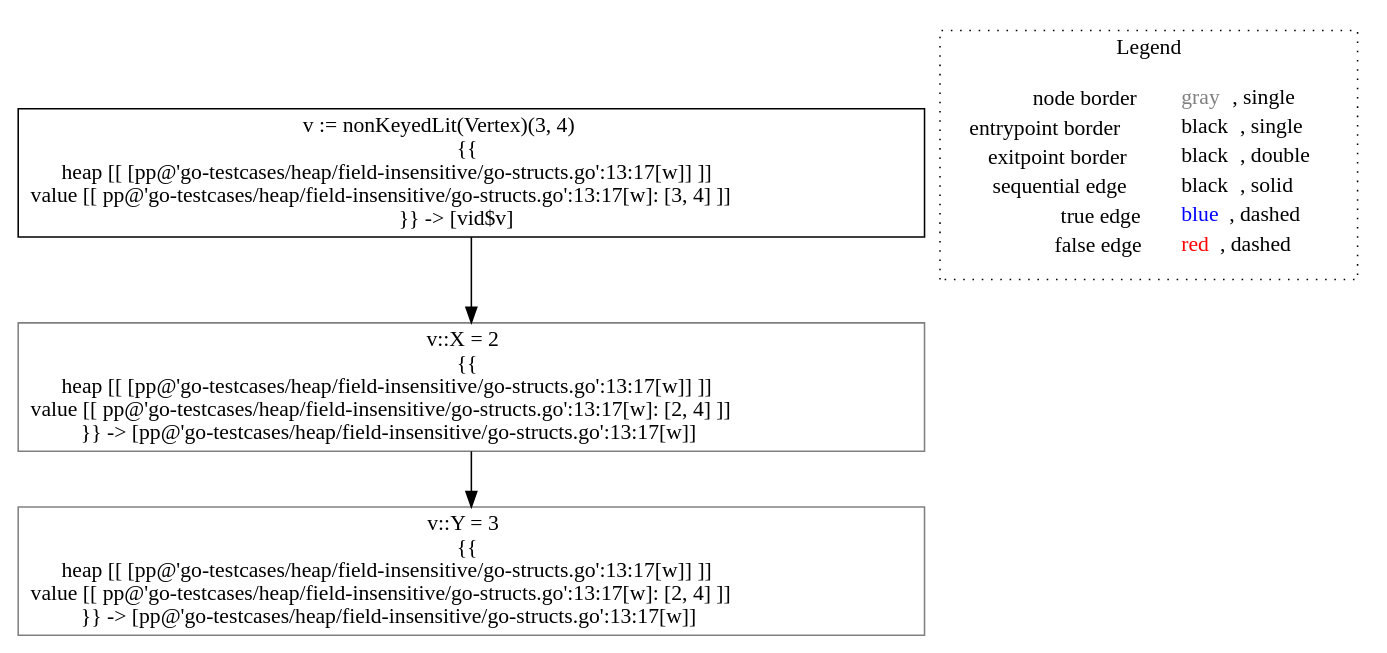
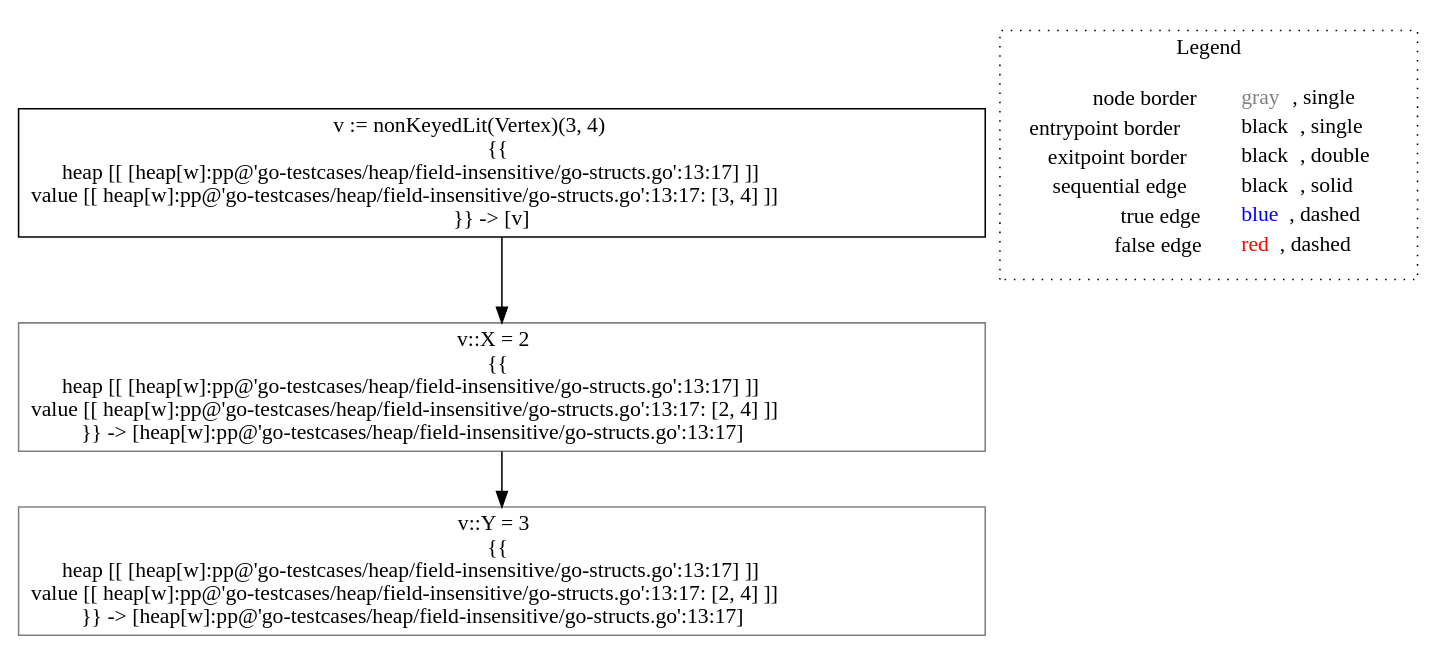
The diagram in go-lisa/go-testcases/heap/field-insensitive/analysis___untyped_~LiSAProgram.main().dot (lisa-analyzer/go-lisa), drawn with Graphviz before and after one commit. The commit also changed 11 other files, not shown here.

```diff
--- a/go-lisa/go-testcases/heap/field-insensitive/analysis___untyped_~LiSAProgram.main().dot
+++ b/go-lisa/go-testcases/heap/field-insensitive/analysis___untyped_~LiSAProgram.main().dot
@@ -1,14 +1,14 @@
 digraph {
-	"node0" [shape="rect",color="black",label=<v := nonKeyedLit(Vertex)(3, 4)<BR/>{{<BR/>heap [[ [pp@'go-testcases/heap/field-insensitive/go-structs.go':13:17[w]] ]]<BR/>value [[ pp@'go-testcases/heap/field-insensitive/go-structs.go':13:17[w]: [3, 4] ]]<BR/>}} -&gt; [vid$v]>];
-	"node1" [shape="rect",color="gray",label=<v::X = 2<BR/>{{<BR/>heap [[ [pp@'go-testcases/heap/field-insensitive/go-structs.go':13:17[w]] ]]<BR/>value [[ pp@'go-testcases/heap/field-insensitive/go-structs.go':13:17[w]: [2, 4] ]]<BR/>}} -&gt; [pp@'go-testcases/heap/field-insensitive/go-structs.go':13:17[w]]>];
-	"node2" [shape="rect",color="gray",label=<v::Y = 3<BR/>{{<BR/>heap [[ [pp@'go-testcases/heap/field-insensitive/go-structs.go':13:17[w]] ]]<BR/>value [[ pp@'go-testcases/heap/field-insensitive/go-structs.go':13:17[w]: [2, 4] ]]<BR/>}} -&gt; [pp@'go-testcases/heap/field-insensitive/go-structs.go':13:17[w]]>];
+	"node0" [shape="rect",color="black",label=<v := nonKeyedLit(Vertex)(3, 4)<BR/>{{<BR/>heap [[ [heap[w]:pp@'go-testcases/heap/field-insensitive/go-structs.go':13:17] ]]<BR/>value [[ heap[w]:pp@'go-testcases/heap/field-insensitive/go-structs.go':13:17: [3, 4] ]]<BR/>}} -&gt; [v]>];
+	"node1" [shape="rect",color="gray",label=<v::X = 2<BR/>{{<BR/>heap [[ [heap[w]:pp@'go-testcases/heap/field-insensitive/go-structs.go':13:17] ]]<BR/>value [[ heap[w]:pp@'go-testcases/heap/field-insensitive/go-structs.go':13:17: [2, 4] ]]<BR/>}} -&gt; [heap[w]:pp@'go-testcases/heap/field-insensitive/go-structs.go':13:17]>];
+	"node2" [shape="rect",color="gray",label=<v::Y = 3<BR/>{{<BR/>heap [[ [heap[w]:pp@'go-testcases/heap/field-insensitive/go-structs.go':13:17] ]]<BR/>value [[ heap[w]:pp@'go-testcases/heap/field-insensitive/go-structs.go':13:17: [2, 4] ]]<BR/>}} -&gt; [heap[w]:pp@'go-testcases/heap/field-insensitive/go-structs.go':13:17]>];
 	"node1" -> "node2" [color="black"];
 	"node0" -> "node1" [color="black"];
 subgraph cluster_legend {
 	label="Legend";
 	style=dotted;
 	node [shape=plaintext];
 	"legend" [label=<<table border="0" cellpadding="2" cellspacing="0" cellborder="0"><tr><td align="right">node border&nbsp;</td><td align="left"><font color="gray">gray</font>, single</td></tr><tr><td align="right">entrypoint border&nbsp;</td><td align="left"><font color="black">black</font>, single</td></tr><tr><td align="right">exitpoint border&nbsp;</td><td align="left"><font color="black">black</font>, double</td></tr><tr><td align="right">sequential edge&nbsp;</td><td align="left"><font color="black">black</font>, solid</td></tr><tr><td align="right">true edge&nbsp;</td><td align="left"><font color="blue">blue</font>, dashed</td></tr><tr><td align="right">false edge&nbsp;</td><td align="left"><font color="red">red</font>, dashed</td></tr></table>>];
 }
 
 }
```
